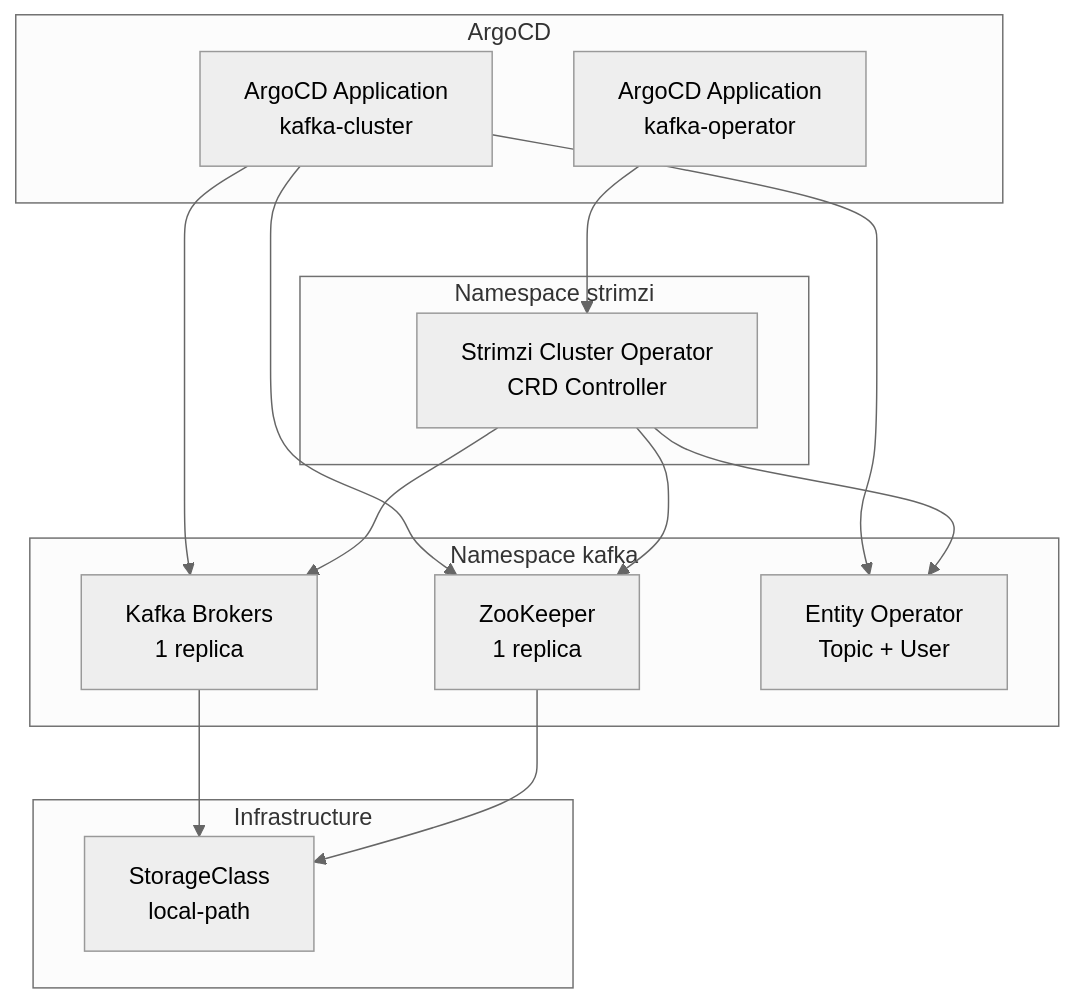
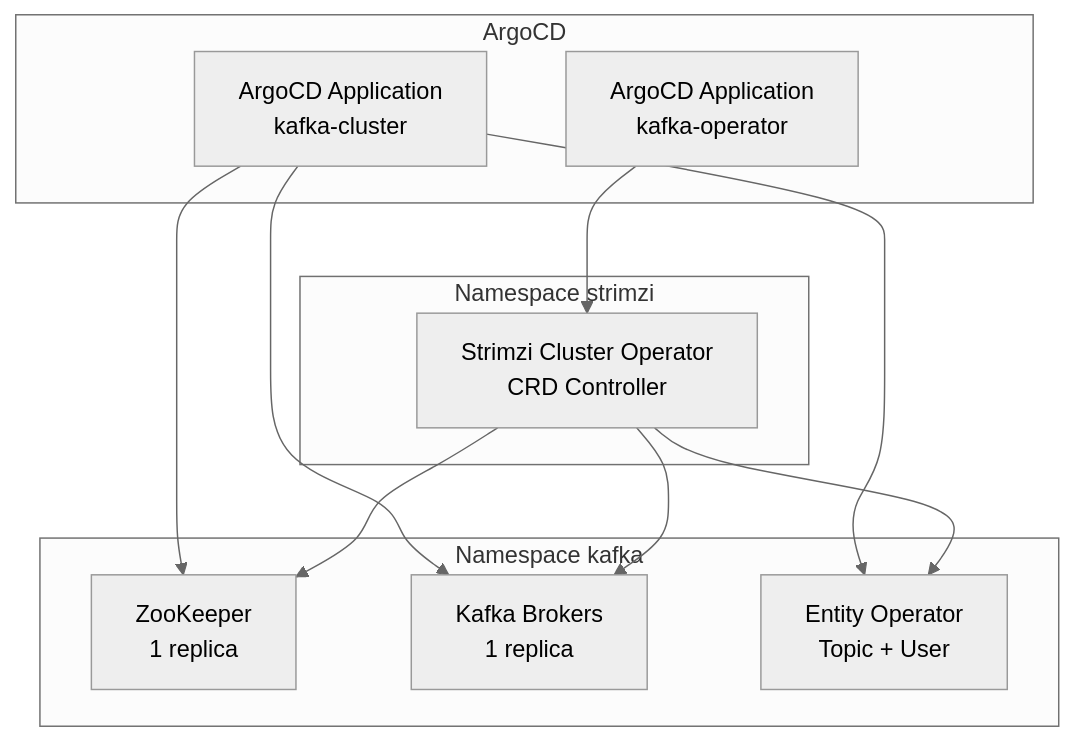
The diagram in argocd-apps/kafka/README.md (mistermedved01/k3s-test), drawn with Mermaid (neutral theme) before and after one commit. The commit also changed other lines of this file and 4 other files, not shown here.

````diff
--- a/argocd-apps/kafka/README.md
+++ b/argocd-apps/kafka/README.md
@@ -93,31 +91,25 @@
 ```mermaid
 graph TB
     subgraph ArgoCD["ArgoCD"]
         ArgoCD_Op["ArgoCD Application<br/>kafka-operator"]
         ArgoCD_Cluster["ArgoCD Application<br/>kafka-cluster"]
     end
 
     subgraph Strimzi_NS["Namespace strimzi"]
         Operator["Strimzi Cluster Operator<br/>CRD Controller"]
     end
 
     subgraph Kafka_NS["Namespace kafka"]
         ZK["ZooKeeper<br/>1 replica"]
         Kafka["Kafka Brokers<br/>1 replica"]
         EO["Entity Operator<br/>Topic + User"]
     end
 
-    subgraph Infrastructure["Infrastructure"]
-        Storage["StorageClass<br/>local-path"]
-    end
-
     ArgoCD_Op --> Operator
     ArgoCD_Cluster --> ZK
     ArgoCD_Cluster --> Kafka
     ArgoCD_Cluster --> EO
     Operator --> ZK
     Operator --> Kafka
     Operator --> EO
-    Kafka --> Storage
-    ZK --> Storage
 ```
````
